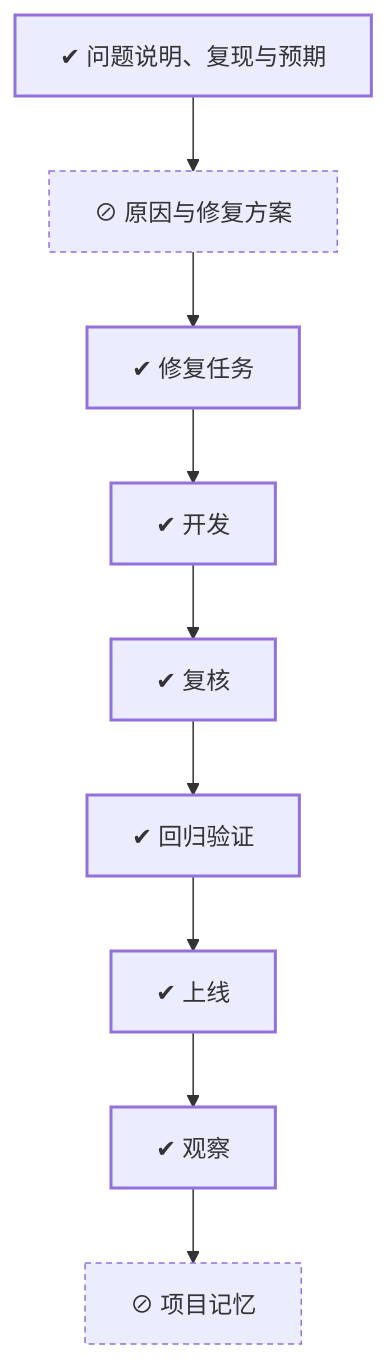
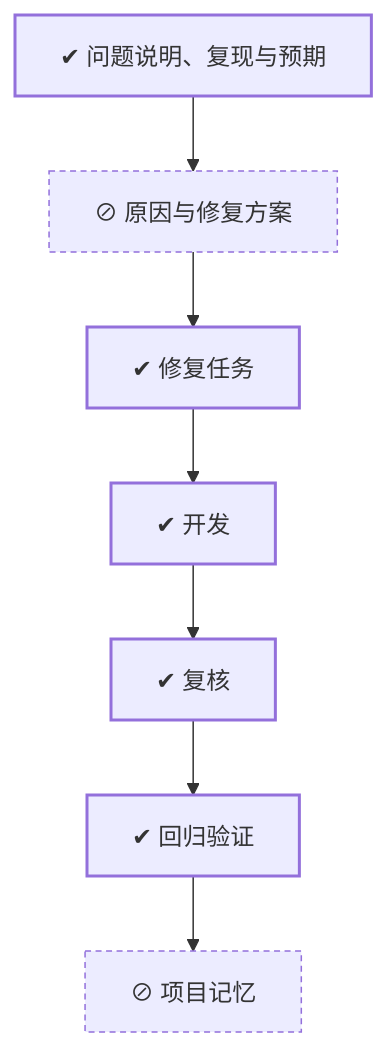
The diagram in development/works/WORK-005/00-work.md (charon2121/cherry-oj), drawn with Mermaid before and after one commit. The commit also changed other lines of this file and 85 other files, not shown here.

````diff
--- a/development/works/WORK-005/00-work.md
+++ b/development/works/WORK-005/00-work.md
@@ -37,19 +37,17 @@
 ```mermaid
 flowchart TD
     definition["✔ 问题说明、复现与预期"]
     design["⊘ 原因与修复方案"]
     tasks["✔ 修复任务"]
     development["✔ 开发"]
     review["✔ 复核"]
     verification["✔ 回归验证"]
-    release["✔ 上线"]
-    observe["✔ 观察"]
     memory["⊘ 项目记忆"]
-    definition --> design --> tasks --> development --> review --> verification --> release --> observe --> memory
+    definition --> design --> tasks --> development --> review --> verification --> memory
     classDef done stroke-width:2px
     classDef doing stroke-width:3px
     classDef skipped stroke-dasharray:4 3
     classDef blocked stroke-width:3px,stroke-dasharray:2 2
-    class definition,tasks,development,review,verification,release,observe done
+    class definition,tasks,development,review,verification done
     class design,memory skipped
 ```
````
